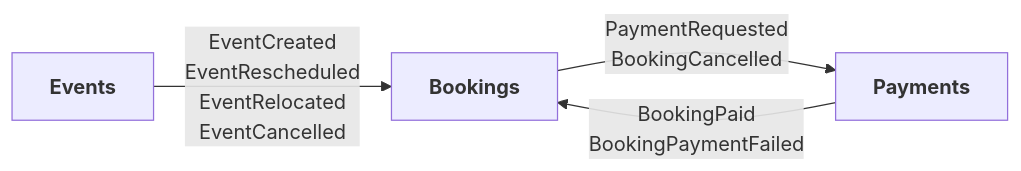
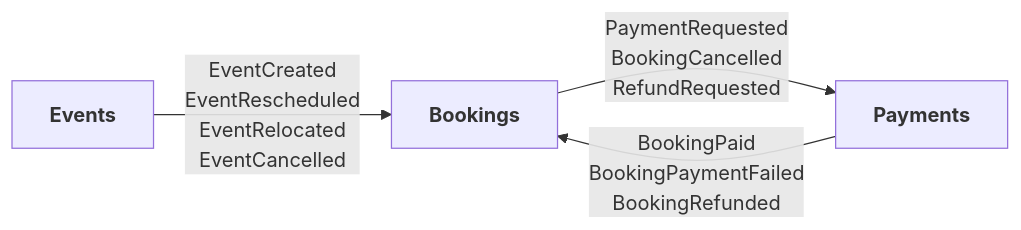
The second of 3 diagrams in README.md (akmgr5544/TicketMaster), drawn with Mermaid before and after one commit. The commit also changed other lines of this file and 15 other files, not shown here.

First line of the commit message:
Ask for a refund when a relocation voids a paid booking

````diff
--- a/README.md
+++ b/README.md
@@ -81,10 +81,10 @@
 ```mermaid
 flowchart LR
     events["<b>Events</b>"]
     bookings["<b>Bookings</b>"]
     payments["<b>Payments</b>"]
 
     events -- "EventCreated<br/>EventRescheduled<br/>EventRelocated<br/>EventCancelled" --> bookings
-    bookings -- "PaymentRequested<br/>BookingCancelled" --> payments
-    payments -- "BookingPaid<br/>BookingPaymentFailed" --> bookings
+    bookings -- "PaymentRequested<br/>BookingCancelled<br/>RefundRequested" --> payments
+    payments -- "BookingPaid<br/>BookingPaymentFailed<br/>BookingRefunded" --> bookings
 ```
````
